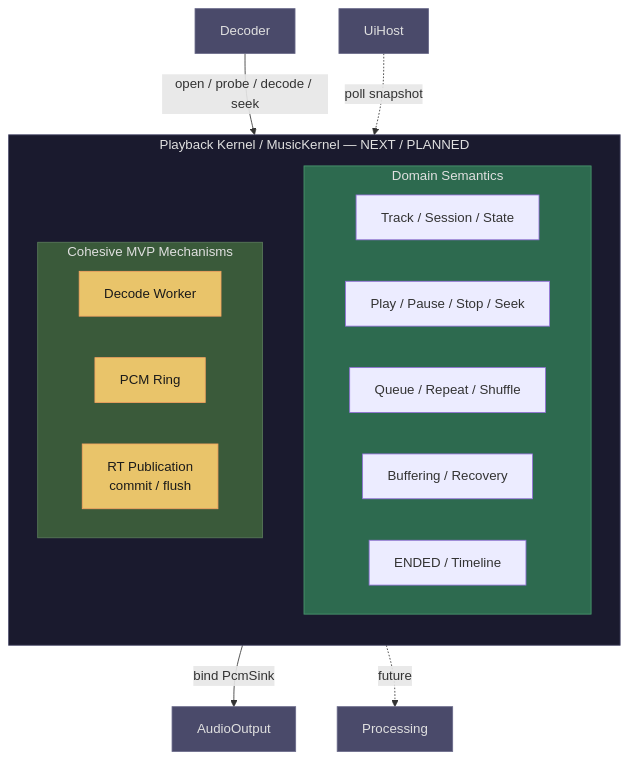
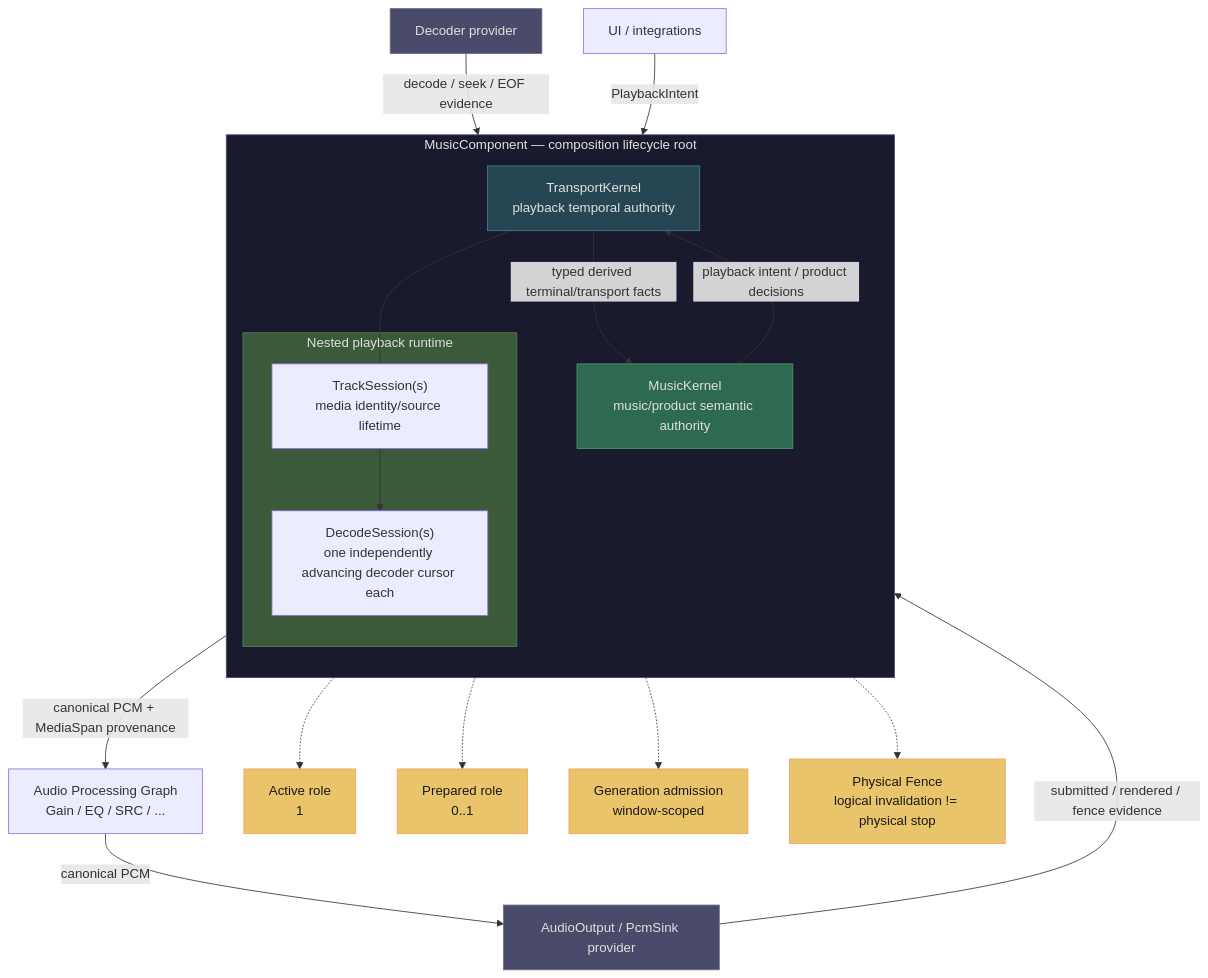
One commit to jnhu76/qianqian changed the diagram in docs/architecture/diagrams/ARCH-003-playback-kernel-v1.mmd. Above: the diagram before and after it, drawn with Mermaid. The commit also changed 24 other files, not shown here.

Commit message:
architecture: align playback authority surfaces with ADR-PBK-001

```diff
--- a/docs/architecture/diagrams/ARCH-003-playback-kernel-v1.mmd
+++ b/docs/architecture/diagrams/ARCH-003-playback-kernel-v1.mmd
@@ -1,32 +1,40 @@
 flowchart TB
-    subgraph PK["Playback Kernel / MusicKernel — NEXT / PLANNED"]
+    subgraph MUSIC["MusicComponent — composition lifecycle root"]
         direction TB
-        subgraph DomainSemantics["Domain Semantics"]
-            TS["Track / Session / State"]
-            PP["Play / Pause / Stop / Seek"]
-            QR["Queue / Repeat / Shuffle"]
-            BFR["Buffering / Recovery"]
-            EN["ENDED / Timeline"]
+
+        MK["MusicKernel\nmusic/product semantic authority"]
+        TK["TransportKernel\nplayback temporal authority"]
+
+        subgraph TRACKS["Nested playback runtime"]
+            TS["TrackSession(s)\nmedia identity/source lifetime"]
+            DS["DecodeSession(s)\none independently advancing decoder cursor each"]
+            TS --> DS
         end
 
-        subgraph Mechanisms["Cohesive MVP Mechanisms"]
-            DW["Decode Worker"]
-            PR["PCM Ring"]
-            RT["RT Publication\ncommit / flush"]
-        end
+        TK --- TS
+        MK -->|"playback intent / product decisions"| TK
     end
 
-    DEC["Decoder"] -->|"open / probe / decode / seek"| PK
-    PK -->|"bind PcmSink"| AOUT["AudioOutput"]
-    PK -.->|"future"| PROC["Processing"]
-    UH["UiHost"] -.->|"poll snapshot"| PK
+    DEC["Decoder provider"] -->|"decode / seek / EOF evidence"| DS
+    DS -->|"canonical PCM + MediaSpan provenance"| PROC["Audio Processing Graph\nGain / EQ / SRC / ..."]
+    PROC -->|"canonical PCM"| AOUT["AudioOutput / PcmSink provider"]
+    AOUT -->|"submitted / rendered / fence evidence"| TK
 
-    style PK fill:#1a1a2e,stroke:#4a4a6a,color:#e0e0e0
-    style DomainSemantics fill:#2d6a4f,stroke:#4a9a6f,color:#e0e0e0
-    style Mechanisms fill:#3a5a3a,stroke:#5a7a5a,color:#e0e0e0
+    TK -->|"typed derived terminal/transport facts"| MK
+    UI["UI / integrations"] -->|"PlaybackIntent"| MK
 
-    classDef next fill:#e9c46a,stroke:#f4a261,color:#1a1a1a
-    classDef planned fill:#4a4a6a,stroke:#6a6a8a,color:#e0e0e0
+    TK -.-> ACTIVE["Active role\n1"]
+    TK -.-> PREP["Prepared role\n0..1"]
+    TK -.-> GEN["Generation admission\nwindow-scoped"]
+    TK -.-> FENCE["Physical Fence\nlogical invalidation != physical stop"]
 
-    class DW,PR,RT,PK next
-    class DEC,AOUT,PROC,UH planned
+    style MUSIC fill:#1a1a2e,stroke:#4a4a6a,color:#e0e0e0
+    style MK fill:#2d6a4f,stroke:#4a9a6f,color:#e0e0e0
+    style TK fill:#264653,stroke:#457b9d,color:#e0e0e0
+    style TRACKS fill:#3a5a3a,stroke:#5a7a5a,color:#e0e0e0
+
+    classDef provider fill:#4a4a6a,stroke:#6a6a8a,color:#e0e0e0
+    classDef temporal fill:#e9c46a,stroke:#f4a261,color:#1a1a1a
+
+    class DEC,AOUT provider
+    class ACTIVE,PREP,GEN,FENCE temporal
```
